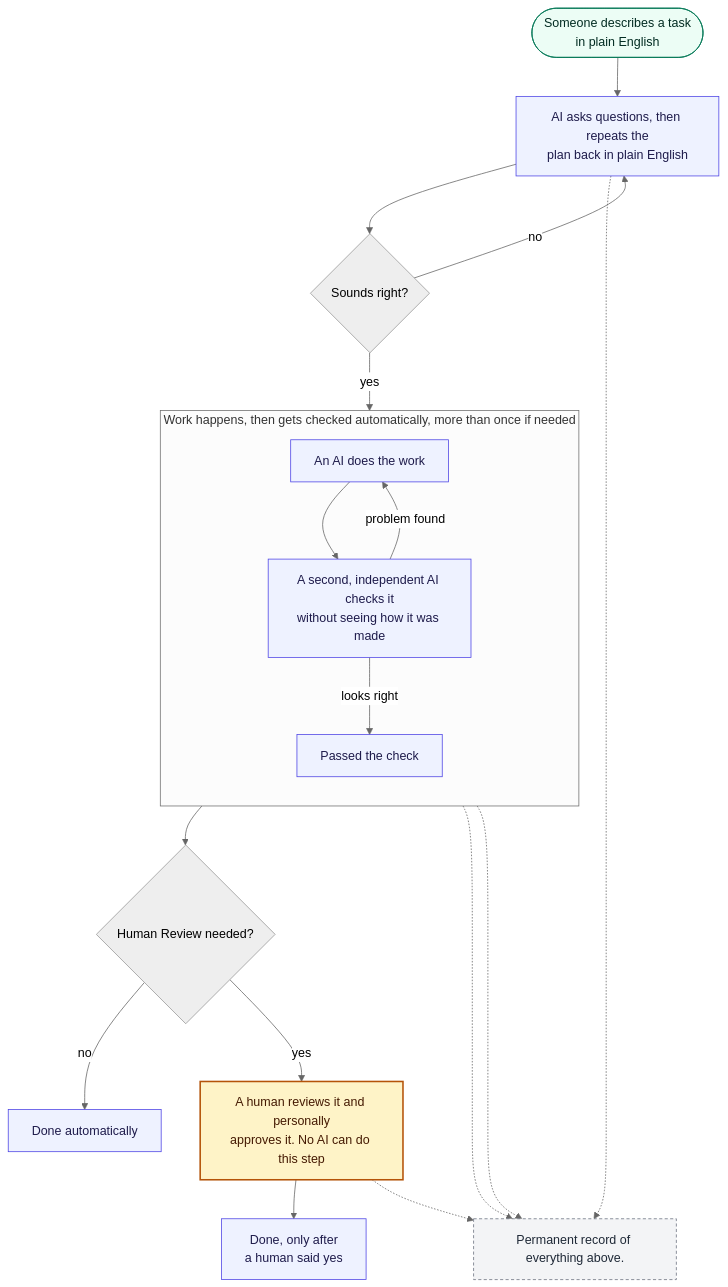
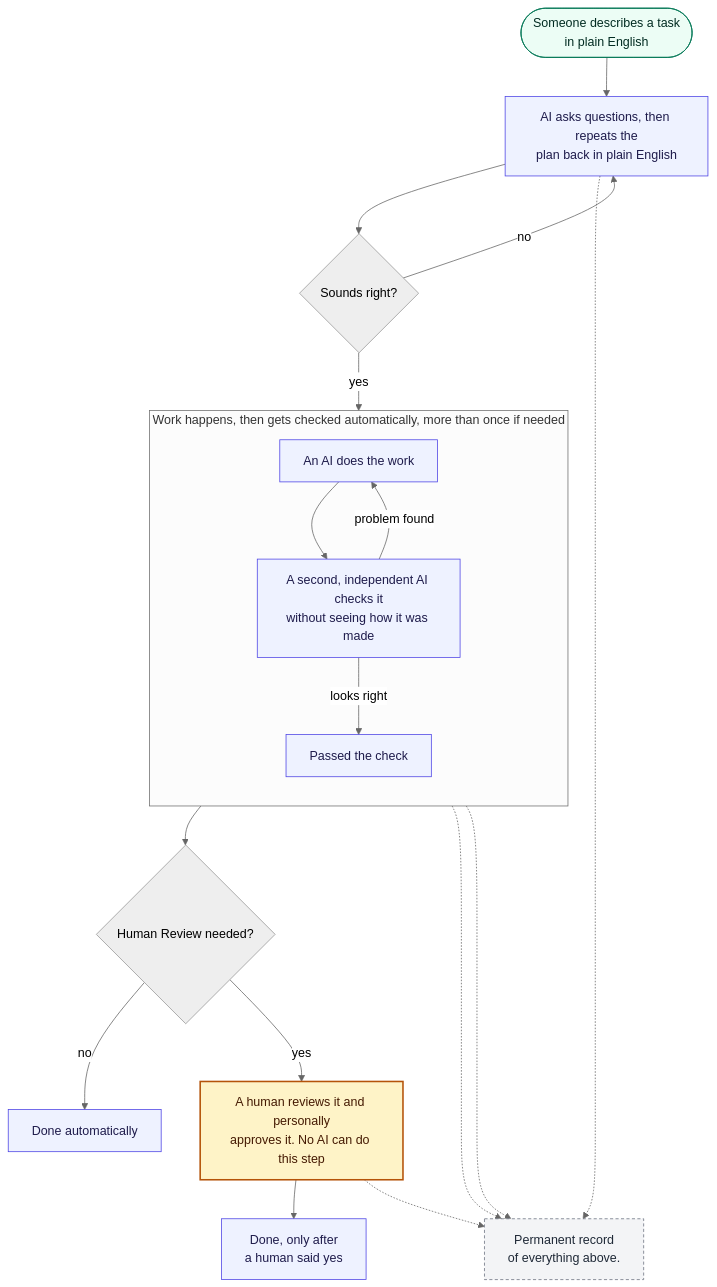
Before and after one commit to amtamaddon/intake: the first of 2 diagrams in README.md, drawn with Mermaid (neutral theme).

Commit message:
Update README to improve log description formatting

````diff
--- a/README.md
+++ b/README.md
@@ -24,31 +24,31 @@
 ```mermaid
 flowchart TB
     classDef start fill:#ecfdf5,stroke:#047857,color:#022c22,stroke-width:1px
     classDef ai fill:#eef2ff,stroke:#4f46e5,color:#1e1b4b,stroke-width:1px
     classDef human fill:#fef3c7,stroke:#b45309,color:#451a03,stroke-width:2px
     classDef log fill:#f3f4f6,stroke:#6b7280,color:#1f2937,stroke-width:1px,stroke-dasharray:4 3
 
     START(["Someone describes a task<br/>in plain English"]):::start --> ASK
 
     ASK["AI asks questions, then repeats the<br/>plan back in plain English"]:::ai --> OK{Sounds right?}
     OK -->|no| ASK
     OK -->|yes| DO
 
     subgraph LOOP["Work happens, then gets checked automatically, more than once if needed"]
         direction TB
         DO["An AI does the work"]:::ai --> CHECK["A second, independent AI checks it<br/>without seeing how it was made"]:::ai
         CHECK -->|problem found| DO
         CHECK -->|looks right| PASS["Passed the check"]:::ai
     end
 
     PASS --> RISK{Human Review needed?}
     RISK -->|no| DONE["Done automatically"]:::ai
     RISK -->|yes| APPROVE["A human reviews it and personally<br/>approves it. No AI can do this step"]:::human
     APPROVE --> DONE2["Done, only after<br/>a human said yes"]:::ai
 
-    LOG["Permanent record of everything above."]:::log
+    LOG["Permanent record <br/>of everything above."]:::log
     ASK -.-> LOG
     DO -.-> LOG
     CHECK -.-> LOG
     APPROVE -.-> LOG
 ```
````
